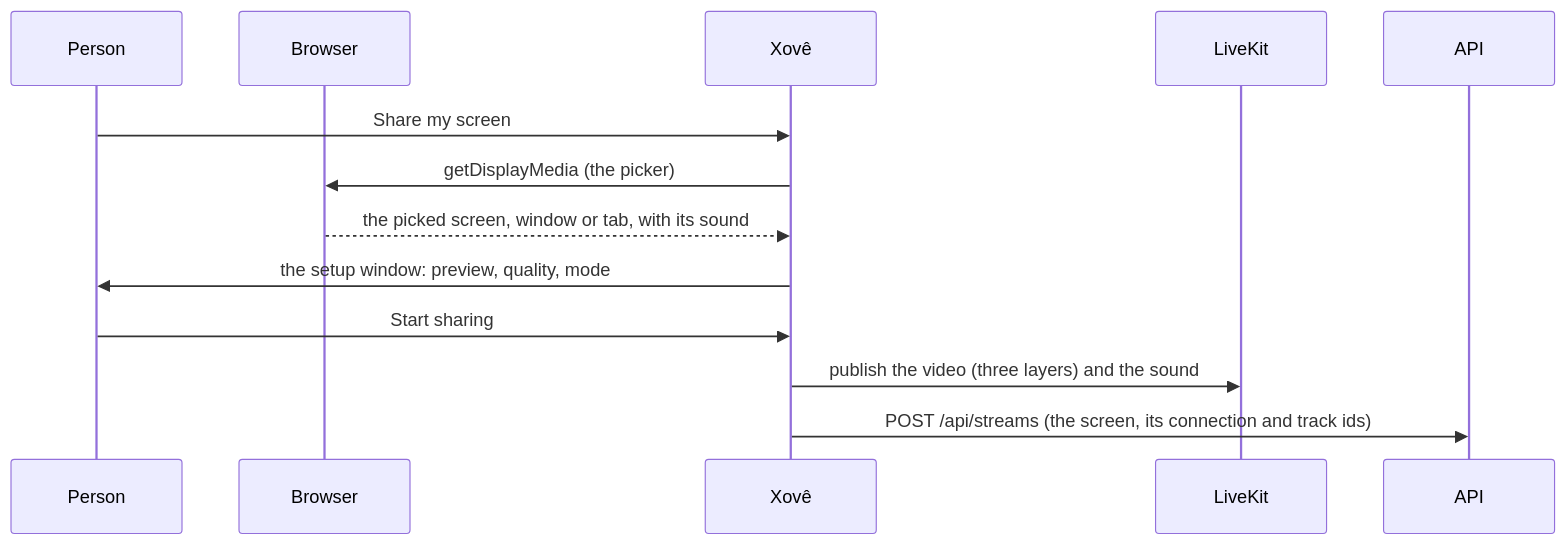
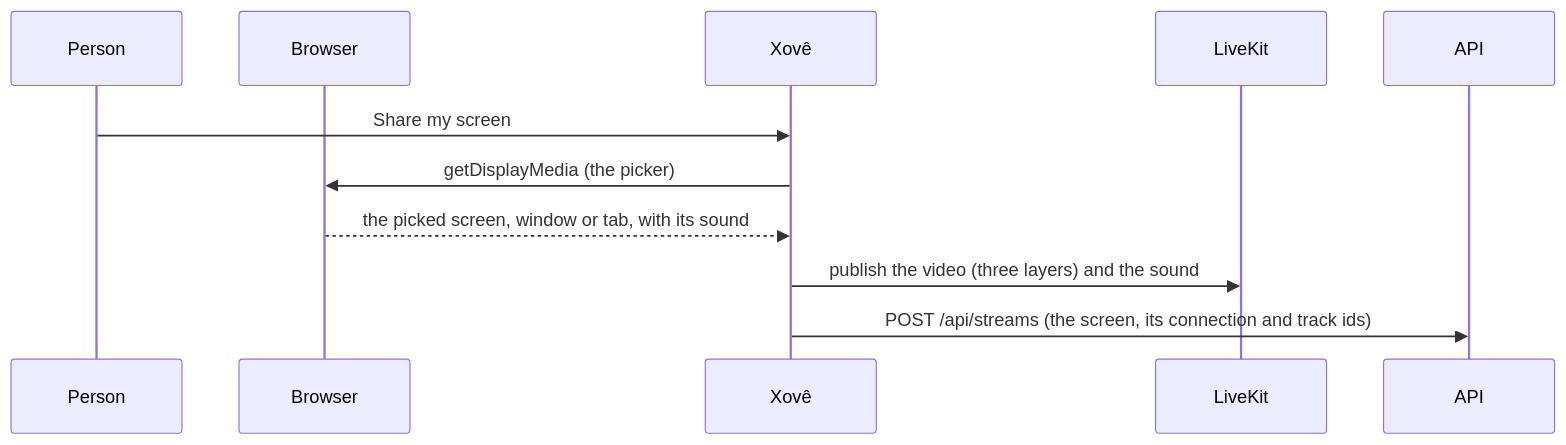
Before and after one commit to Hbrauveres/xove: the diagram in docs/media.md, drawn with Mermaid. The commit also changed other lines of this file and 75 other files, not shown here.

````diff
--- a/docs/media.md
+++ b/docs/media.md
@@ -9,15 +9,13 @@
 ```mermaid
 sequenceDiagram
   participant P as Person
   participant B as Browser
   participant X as Xovê
   participant L as LiveKit
   participant A as API
   P->>X: Share my screen
   X->>B: getDisplayMedia (the picker)
   B-->>X: the picked screen, window or tab, with its sound
-  X->>P: the setup window: preview, quality, mode
-  P->>X: Start sharing
   X->>L: publish the video (three layers) and the sound
   X->>A: POST /api/streams (the screen, its connection and track ids)
 ```
````
